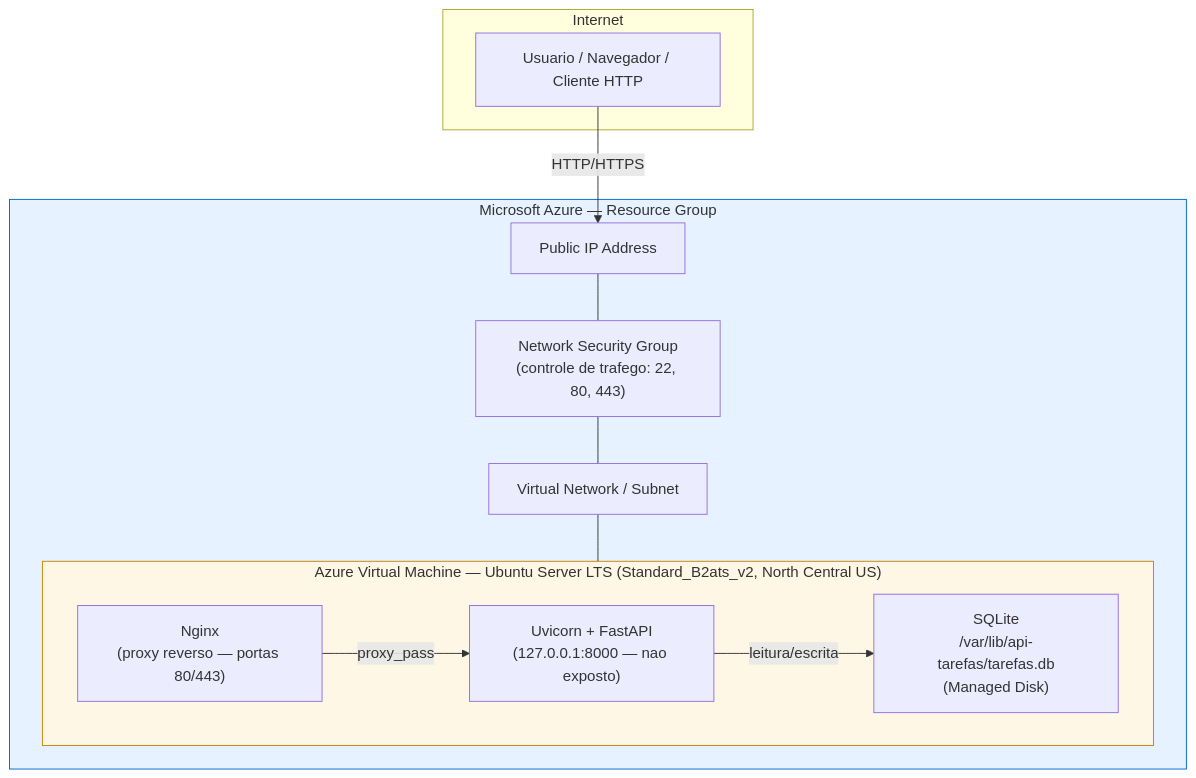
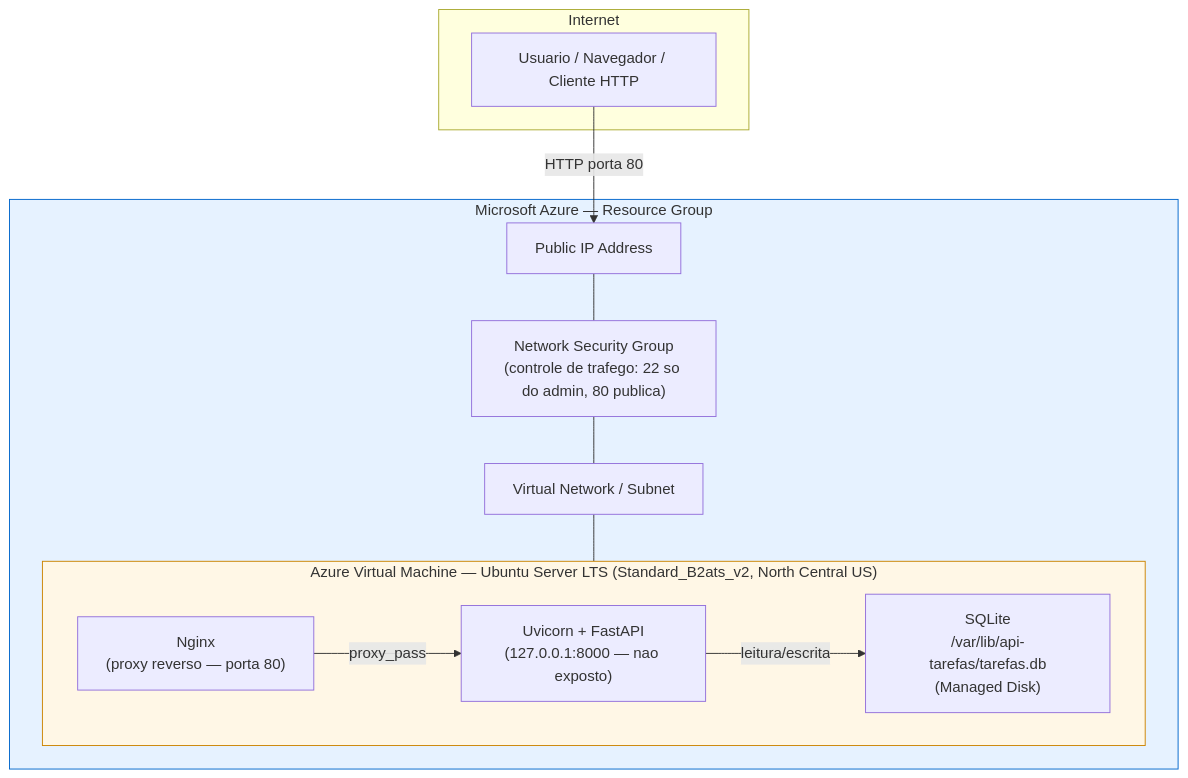
The diagram in docs/diagramas/01-arquitetura-azure.md (brenoaveiro/api-tarefas-fastapi-sqlite-azure), drawn with Mermaid before and after one commit. The commit also changed other lines of this file, not shown here.

Commit message:
docs(diagrama): corrige arquitetura para refletir a implantacao real
Remove portas 443/HTTPS do Diagrama 1: a implantacao usa apenas
SSH (22, so admin) e HTTP (80), sem dominio nem certificado.

````diff
--- a/docs/diagramas/01-arquitetura-azure.md
+++ b/docs/diagramas/01-arquitetura-azure.md
@@ -7,34 +7,34 @@
 ```mermaid
 flowchart TB
     Usuario["Usuario / Navegador / Cliente HTTP"]
 
     subgraph Internet[" Internet "]
         Usuario
     end
 
     subgraph Azure["Microsoft Azure — Resource Group"]
         PublicIP["Public IP Address"]
-        NSG["Network Security Group\n(controle de trafego: 22, 80, 443)"]
+        NSG["Network Security Group\n(controle de trafego: 22 so do admin, 80 publica)"]
         VNet["Virtual Network / Subnet"]
 
         subgraph VM["Azure Virtual Machine — Ubuntu Server LTS (Standard_B2ats_v2, North Central US)"]
-            Nginx["Nginx\n(proxy reverso — portas 80/443)"]
+            Nginx["Nginx\n(proxy reverso — porta 80)"]
             Uvicorn["Uvicorn + FastAPI\n(127.0.0.1:8000 — nao exposto)"]
             SQLite["SQLite\n/var/lib/api-tarefas/tarefas.db\n(Managed Disk)"]
 
             Nginx -->|proxy_pass| Uvicorn
             Uvicorn -->|leitura/escrita| SQLite
         end
 
         PublicIP --- NSG
         NSG --- VNet
         VNet --- VM
     end
 
-    Usuario -->|HTTP/HTTPS| PublicIP
+    Usuario -->|HTTP porta 80| PublicIP
 
     classDef azureBox fill:#e6f2ff,stroke:#0066cc;
     classDef vmBox fill:#fff7e6,stroke:#cc8400;
     class Azure azureBox
     class VM vmBox
 ```
````
